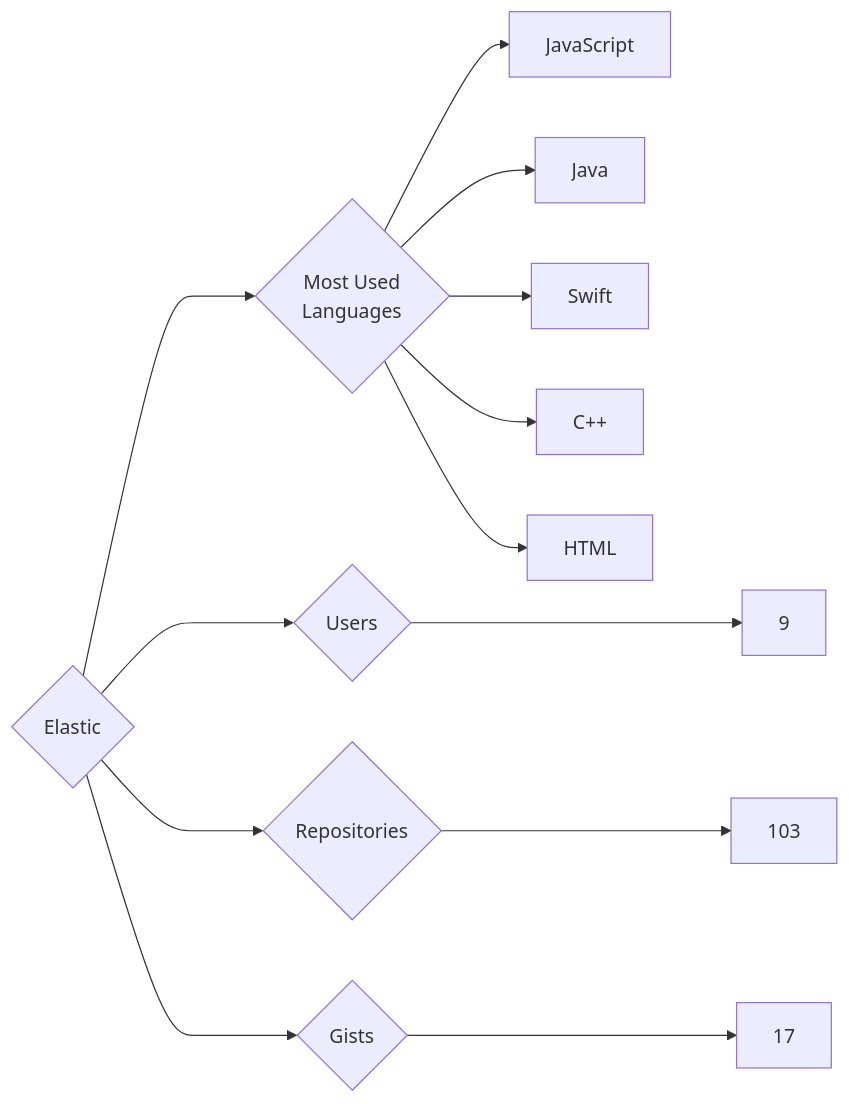
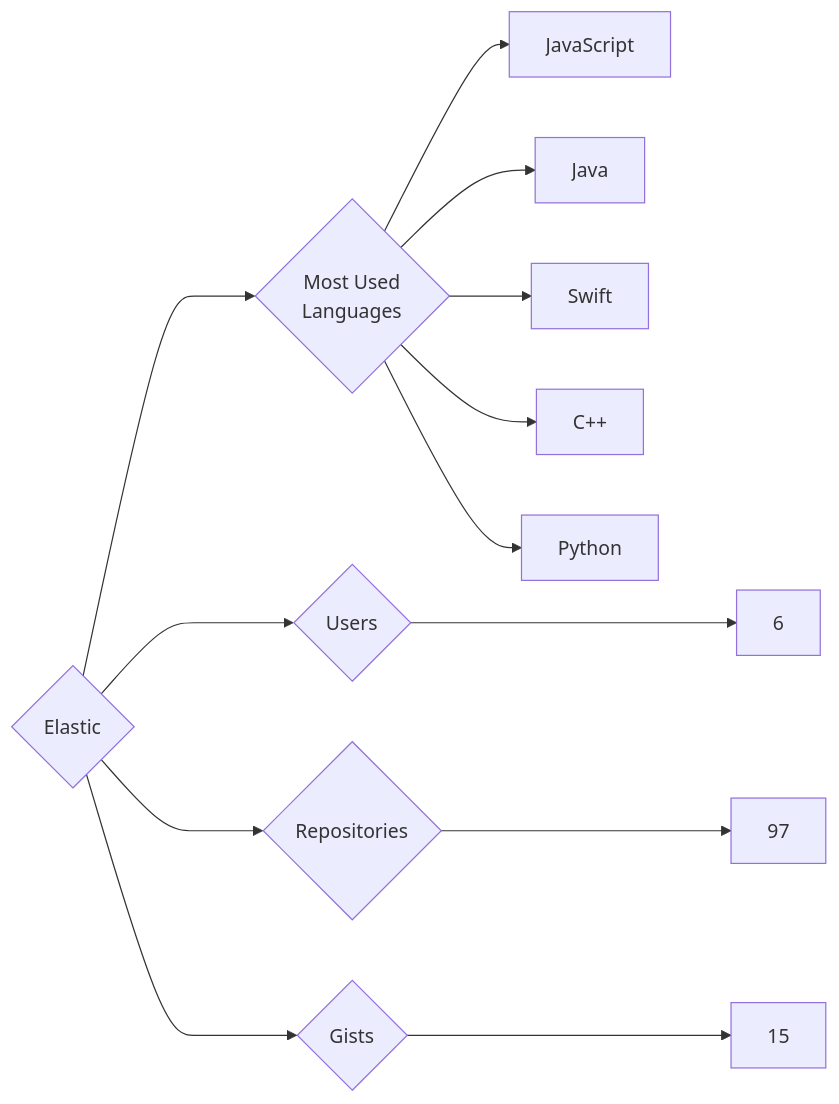
One commit to trickest/insiders changed the diagram in targets/Elastic/README.md. Above: the diagram before and after it, drawn with Mermaid. The commit also changed 1036 other files, not shown here.

````diff
--- a/targets/Elastic/README.md
+++ b/targets/Elastic/README.md
@@ -3,13 +3,13 @@
 ```mermaid
 graph LR
 COMPANY_NAME{Elastic}
-COMPANY_NAME ---> U{Users} ---> UN[9]
-COMPANY_NAME ---> R{Repositories} ---> RN[103]
-COMPANY_NAME ---> G{Gists} ---> GN[17]
+COMPANY_NAME ---> U{Users} ---> UN[6]
+COMPANY_NAME ---> R{Repositories} ---> RN[97]
+COMPANY_NAME ---> G{Gists} ---> GN[15]
 COMPANY_NAME ---> ML{Most Used<br>Languages}
 ML --> JavaScript[JavaScript]
 ML --> Java[Java]
 ML --> Swift[Swift]
 ML --> C++[C++]
-ML --> HTML[HTML]
+ML --> Python[Python]
 ```
````
